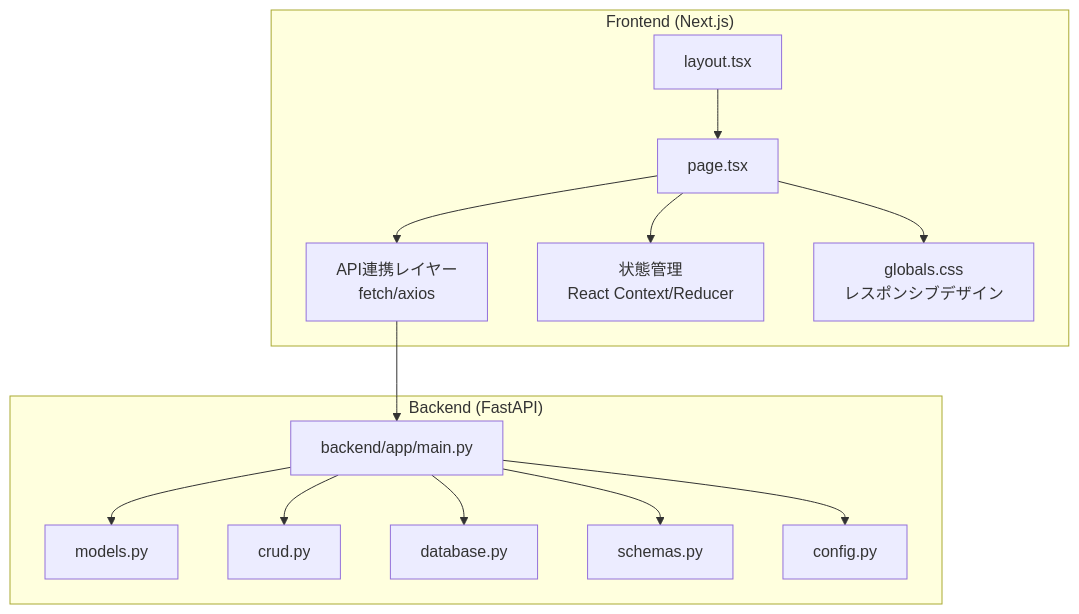
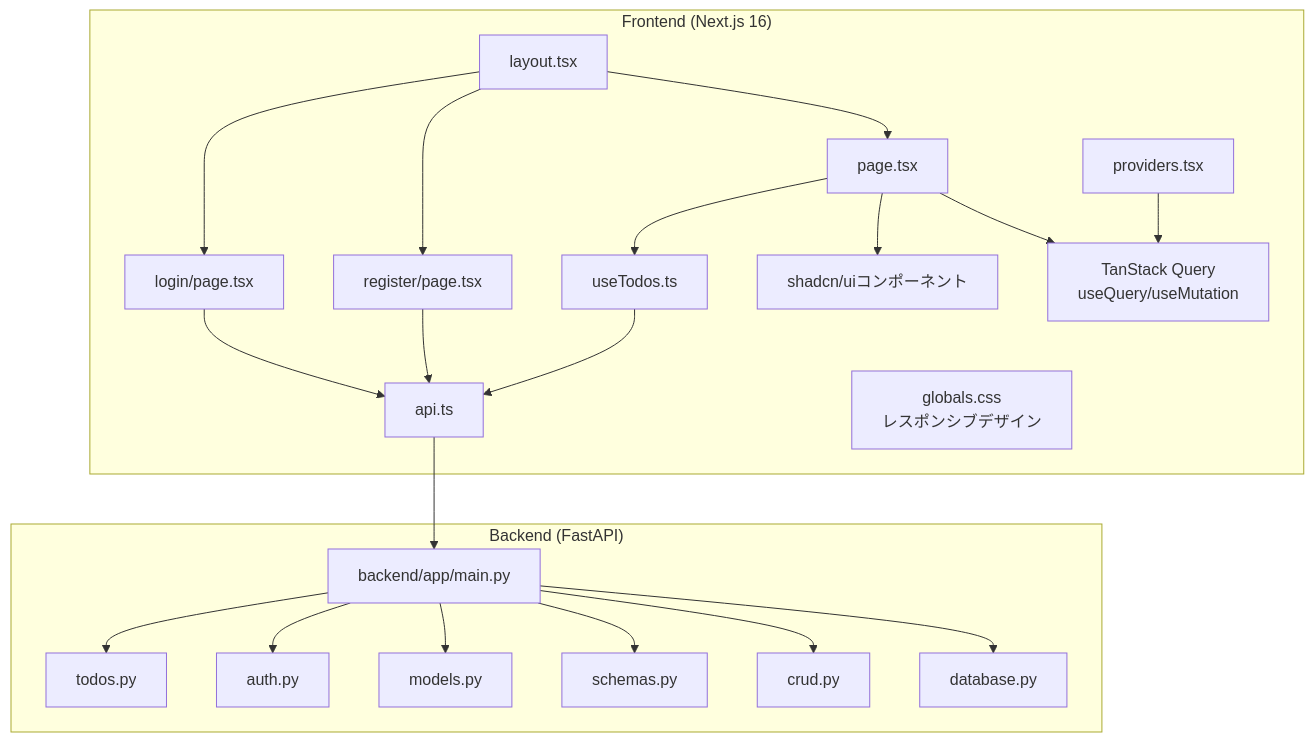
Before and after one commit to ss8806/Todos: the second of 5 diagrams in .qoder/repowiki/ja/content/アーキテクチャ/フロントエンドアーキテクチャ.md, drawn with Mermaid. The commit also changed other lines of this file and 6 other files, not shown here.

````diff
--- a/.qoder/repowiki/ja/content/アーキテクチャ/フロントエンドアーキテクチャ.md
+++ b/.qoder/repowiki/ja/content/アーキテクチャ/フロントエンドアーキテクチャ.md
@@ -120,28 +161,41 @@
 ```mermaid
 graph TB
-subgraph "Frontend (Next.js)"
+subgraph "Frontend (Next.js 16)"
 LAYOUT["layout.tsx"]
 PAGE["page.tsx"]
-API["API連携レイヤー<br/>fetch/axios"]
-STATE["状態管理<br/>React Context/Reducer"]
+LOGIN["login/page.tsx"]
+REGISTER["register/page.tsx"]
+PROVIDERS["providers.tsx"]
+HOOKS["useTodos.ts"]
+API["api.ts"]
+COMPONENTS["shadcn/uiコンポーネント"]
+STATE["TanStack Query<br/>useQuery/useMutation"]
 STY["globals.css<br/>レスポンシブデザイン"]
 end
 subgraph "Backend (FastAPI)"
 MAINPY["backend/app/main.py"]
+TODOENDPOINT["todos.py"]
+AUTHENDPOINT["auth.py"]
 MODELS["models.py"]
+SCHEMAS["schemas.py"]
 CRUD["crud.py"]
 DB["database.py"]
-SCHEMAS["schemas.py"]
-CONFIG["config.py"]
 end
 LAYOUT --> PAGE
-PAGE --> API
+LAYOUT --> LOGIN
+LAYOUT --> REGISTER
+PAGE --> HOOKS
+LOGIN --> API
+REGISTER --> API
+PAGE --> COMPONENTS
 PAGE --> STATE
-PAGE --> STY
+HOOKS --> API
+PROVIDERS --> STATE
 API --> MAINPY
+MAINPY --> TODOENDPOINT
+MAINPY --> AUTHENDPOINT
 MAINPY --> MODELS
+MAINPY --> SCHEMAS
 MAINPY --> CRUD
 MAINPY --> DB
-MAINPY --> SCHEMAS
-MAINPY --> CONFIG
 ```
````
